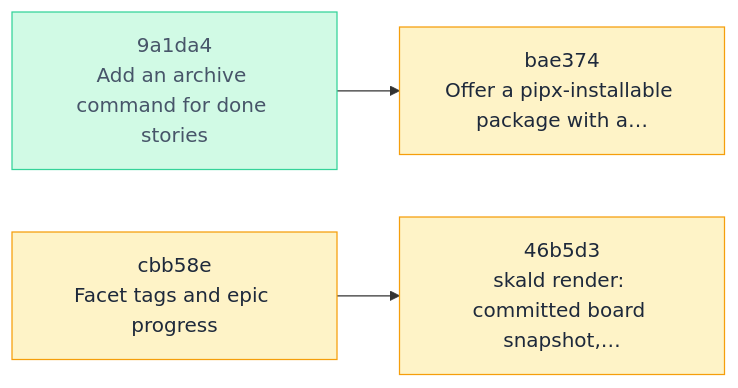
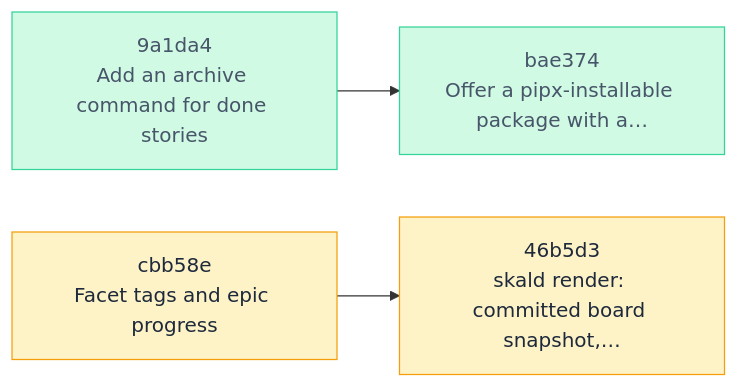
Before and after one commit to Vitund-AI/skald: the diagram in .skald/README.md, drawn with Mermaid. The commit also changed other lines of this file and 38 other files, not shown here.

````diff
--- a/.skald/README.md
+++ b/.skald/README.md
@@ -10,13 +10,13 @@
 ```mermaid
 flowchart LR
     n_46b5d3["46b5d3<br/>skald render: committed board snapshot,…"]
     n_9a1da4["9a1da4<br/>Add an archive command for done stories"]
     n_bae374["bae374<br/>Offer a pipx-installable package with a…"]
     n_cbb58e["cbb58e<br/>Facet tags and epic progress"]
+    n_cbb58e --> n_46b5d3
     n_9a1da4 --> n_bae374
-    n_cbb58e --> n_46b5d3
     classDef active fill:#fef3c7,stroke:#f59e0b,color:#1e293b
     classDef done fill:#d1fae5,stroke:#34d399,color:#475569
-    class n_46b5d3,n_bae374,n_cbb58e active
-    class n_9a1da4 done
+    class n_9a1da4,n_bae374 done
+    class n_46b5d3,n_cbb58e active
 ```
````
